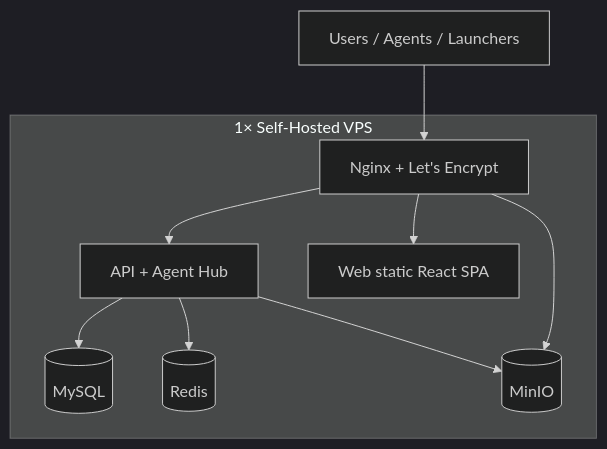
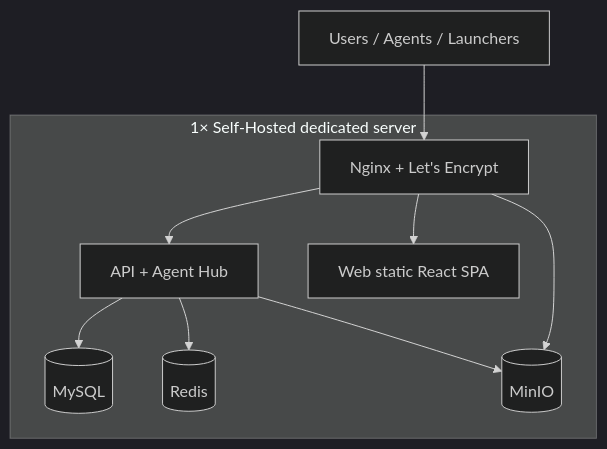
One commit to mindevis/qx-project changed diagram 12 of 16 in docs/architecture.md. Above: the diagram before and after it, drawn with Mermaid (dark theme). The commit also changed other lines of this file and 182 other files, not shown here.

````diff
--- a/docs/architecture.md
+++ b/docs/architecture.md
@@ -1002,20 +1002,20 @@
 ```mermaid
 flowchart TB
-    subgraph vps [1× Self-Hosted VPS]
+    subgraph dedicated server [1× Self-Hosted dedicated server]
         Nginx[Nginx + Let's Encrypt]
         API[API + Agent Hub]
         MySQL[(MySQL)]
         Redis[(Redis)]
         MinIO[(MinIO)]
         Web[Web static React SPA]
         Nginx --> API
         Nginx --> Web
         Nginx --> MinIO
         API --> MySQL
         API --> Redis
         API --> MinIO
     end
 
     Users[Users / Agents / Launchers]
     Users --> Nginx
 ```
````
